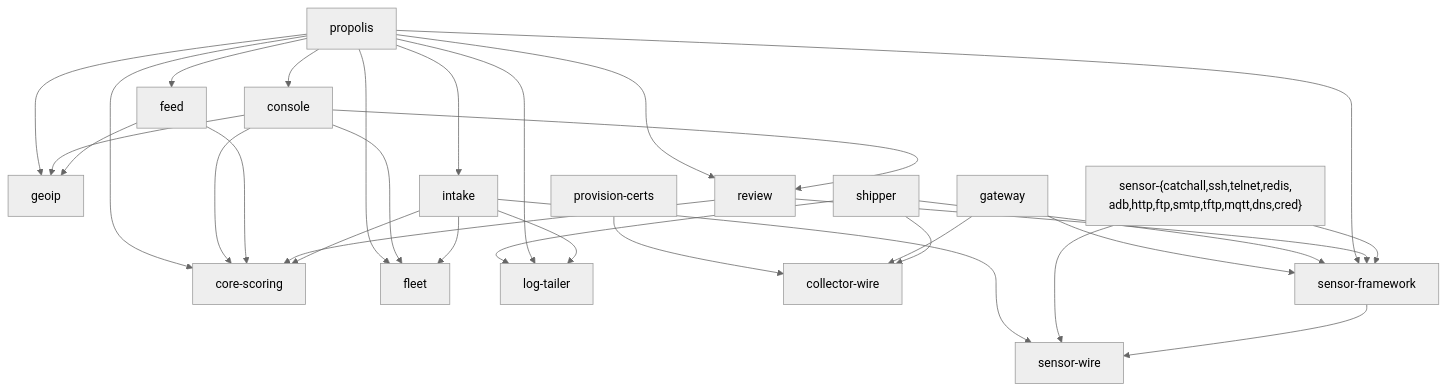
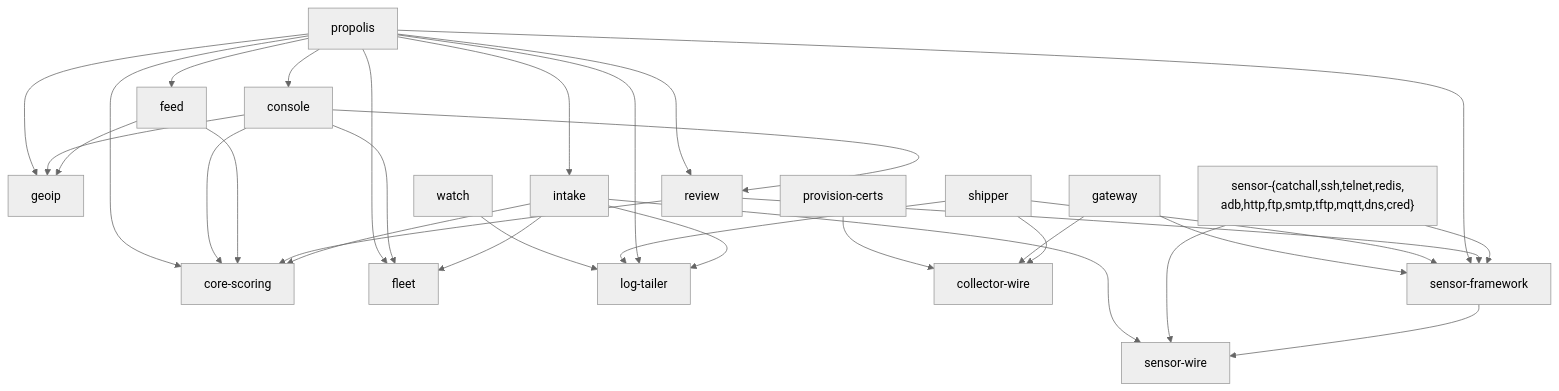
One commit to brandontroidl/Propolis changed the diagram in docs/architecture/components.md. Above: the diagram before and after it, drawn with Mermaid (neutral theme). The commit also changed other lines of this file and 38 other files, not shown here.

````diff
--- a/docs/architecture/components.md
+++ b/docs/architecture/components.md
@@ -79,50 +82,52 @@
 ```mermaid
 graph TD
   wire[sensor-wire]
   core[core-scoring]
   geoip[geoip]
   fleet[fleet]
   tailer[log-tailer]
   cwire[collector-wire]
   fw[sensor-framework]
   sensors["sensor-{catchall,ssh,telnet,redis,<br/>adb,http,ftp,smtp,tftp,mqtt,dns,cred}"]
   intake[intake]
   review[review]
   feed[feed]
   console[console]
   propolis[propolis]
   shipper[shipper]
   gateway[gateway]
   certs[provision-certs]
+  watchc[watch]
 
   fw --> wire
   sensors --> wire
   sensors --> fw
   intake --> wire
   intake --> core
   intake --> fleet
   intake --> tailer
   review --> core
   review --> fw
   feed --> core
   feed --> geoip
   console --> core
   console --> fleet
   console --> geoip
   console --> review
   propolis --> console
   propolis --> core
   propolis --> feed
   propolis --> fleet
   propolis --> geoip
   propolis --> intake
   propolis --> tailer
   propolis --> review
   propolis --> fw
   shipper --> cwire
   shipper --> tailer
   shipper --> fw
   gateway --> cwire
   gateway --> fw
   certs --> cwire
+  watchc --> tailer
 ```
````
